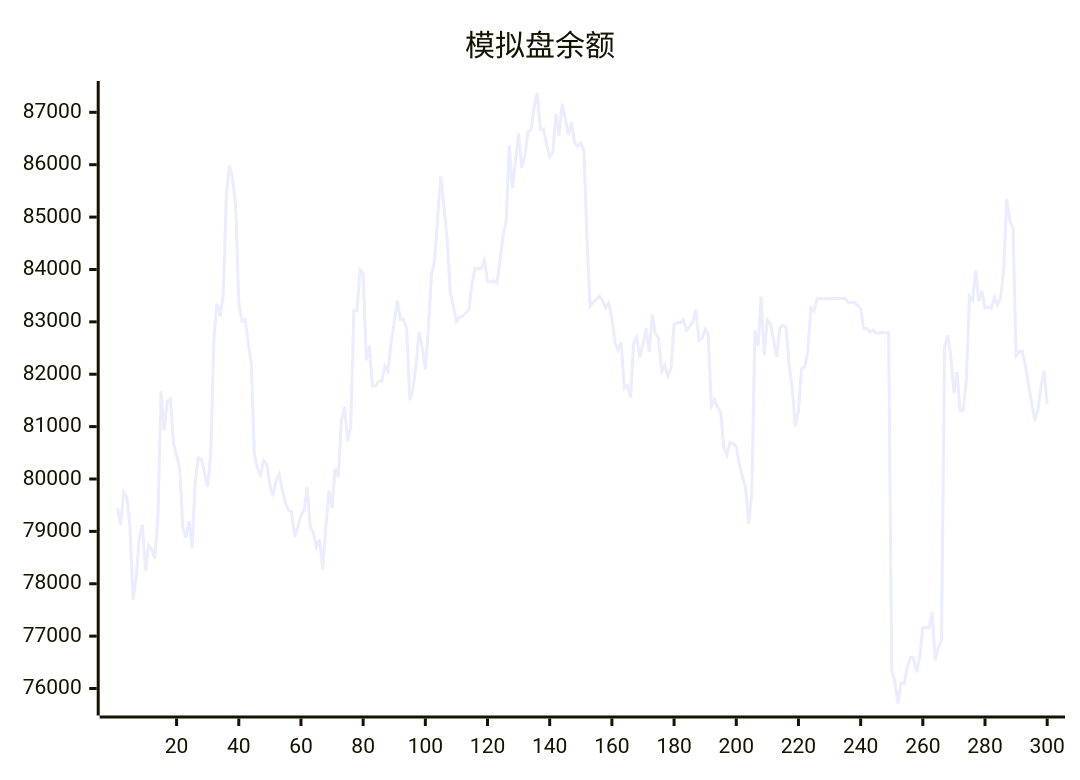
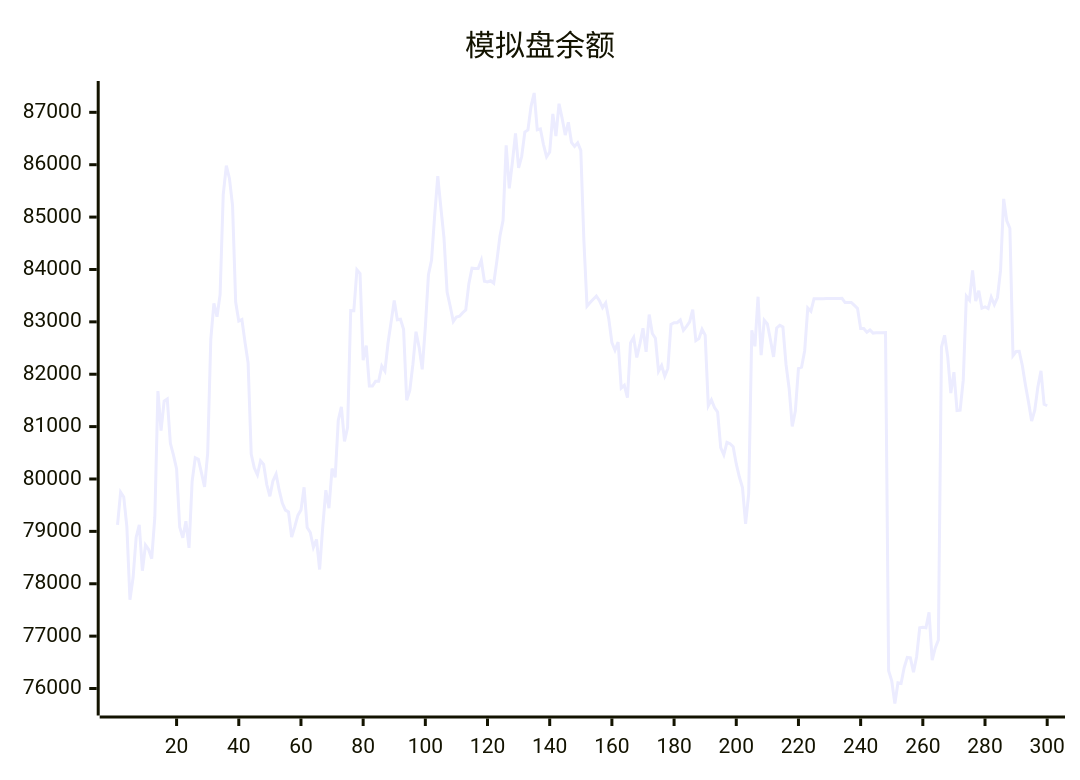
One commit to aahl/ai-trading changed the diagram in README.md. Above: the diagram before and after it, drawn with Mermaid. The commit also changed other lines of this file and 1 other file, not shown here.

````diff
--- a/README.md
+++ b/README.md
@@ -5,5 +5,5 @@
 ```mermaid
 xychart
     title "模拟盘余额"
-    line [79448,79126,79749,79658,79097,77695,78114,78888,79126,78249,78738,78653,78478,79271,81680,80923,81488,81527,80681,80455,80190,79084,78879,79193,78686,79954,80403,80374,80118,79848,80491,82665,83351,83098,83525,85430,85983,85737,85221,83378,83014,83043,82613,82216,80477,80208,80081,80348,80277,79894,79670,79965,80093,79786,79542,79406,79371,78893,79087,79304,79406,79841,79072,78978,78696,78846,78272,79085,79787,79442,80198,80031,81120,81379,80718,80985,83214,83212,83993,83921,82270,82547,81776,81776,81866,81866,82158,82061,82596,83000,83408,83041,83050,82858,81503,81691,82188,82812,82517,82092,82901,83898,84180,85030,85781,85178,84604,83569,83298,83008,83093,83107,83175,83228,83729,84025,84017,84019,84177,83775,83762,83785,83738,84160,84639,84939,86370,85548,86046,86599,85942,86161,86622,86664,87115,87369,86666,86685,86384,86152,86243,86969,86548,87164,86885,86566,86809,86427,86348,86417,86273,84538,83299,83369,83430,83490,83404,83270,83362,83056,82605,82459,82614,81734,81788,81551,82598,82702,82320,82580,82878,82426,83139,82778,82686,82056,82166,81963,82110,82951,82983,82984,83038,82838,82915,82998,83235,82642,82682,82858,82746,81396,81512,81362,81277,80600,80461,80699,80673,80616,80288,80038,79836,79142,79722,82837,82533,83480,82366,83032,82960,82654,82330,82883,82934,82901,82188,81728,81005,81298,82110,82135,82449,83264,83203,83440,83439,83440,83440,83446,83447,83448,83447,83448,83449,83369,83369,83369,83313,83256,82872,82873,82801,82844,82785,82791,82791,82793,82794,76339,76145,75714,76110,76096,76397,76594,76585,76310,76607,77160,77170,77160,77456,76541,76774,76927,82520,82744,82337,81639,82040,81307,81314,81887,83490,83414,83984,83396,83594,83261,83287,83253,83470,83327,83465,83987,85348,84930,84786,82355,82433,82438,82167,81795,81466,81105,81315,81756,82064,81426]
+    line [79126,79749,79658,79097,77695,78114,78888,79126,78249,78738,78653,78478,79271,81680,80923,81488,81527,80681,80455,80190,79084,78879,79193,78686,79954,80403,80374,80118,79848,80491,82665,83351,83098,83525,85430,85983,85737,85221,83378,83014,83043,82613,82216,80477,80208,80081,80348,80277,79894,79670,79965,80093,79786,79542,79406,79371,78893,79087,79304,79406,79841,79072,78978,78696,78846,78272,79085,79787,79442,80198,80031,81120,81379,80718,80985,83214,83212,83993,83921,82270,82547,81776,81776,81866,81866,82158,82061,82596,83000,83408,83041,83050,82858,81503,81691,82188,82812,82517,82092,82901,83898,84180,85030,85781,85178,84604,83569,83298,83008,83093,83107,83175,83228,83729,84025,84017,84019,84177,83775,83762,83785,83738,84160,84639,84939,86370,85548,86046,86599,85942,86161,86622,86664,87115,87369,86666,86685,86384,86152,86243,86969,86548,87164,86885,86566,86809,86427,86348,86417,86273,84538,83299,83369,83430,83490,83404,83270,83362,83056,82605,82459,82614,81734,81788,81551,82598,82702,82320,82580,82878,82426,83139,82778,82686,82056,82166,81963,82110,82951,82983,82984,83038,82838,82915,82998,83235,82642,82682,82858,82746,81396,81512,81362,81277,80600,80461,80699,80673,80616,80288,80038,79836,79142,79722,82837,82533,83480,82366,83032,82960,82654,82330,82883,82934,82901,82188,81728,81005,81298,82110,82135,82449,83264,83203,83440,83439,83440,83440,83446,83447,83448,83447,83448,83449,83369,83369,83369,83313,83256,82872,82873,82801,82844,82785,82791,82791,82793,82794,76339,76145,75714,76110,76096,76397,76594,76585,76310,76607,77160,77170,77160,77456,76541,76774,76927,82520,82744,82337,81639,82040,81307,81314,81887,83490,83414,83984,83396,83594,83261,83287,83253,83470,83327,83465,83987,85348,84930,84786,82355,82433,82438,82167,81795,81466,81105,81315,81756,82064,81426,81398]
 ```
````
